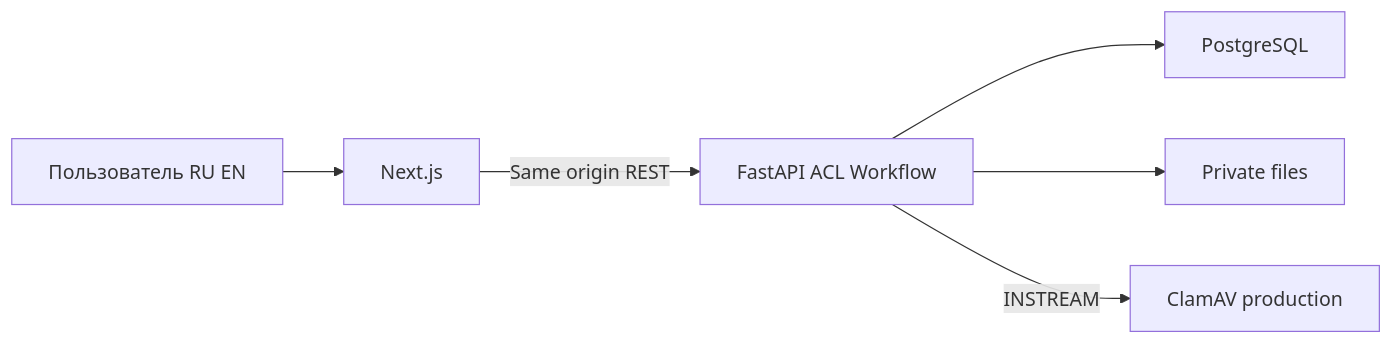
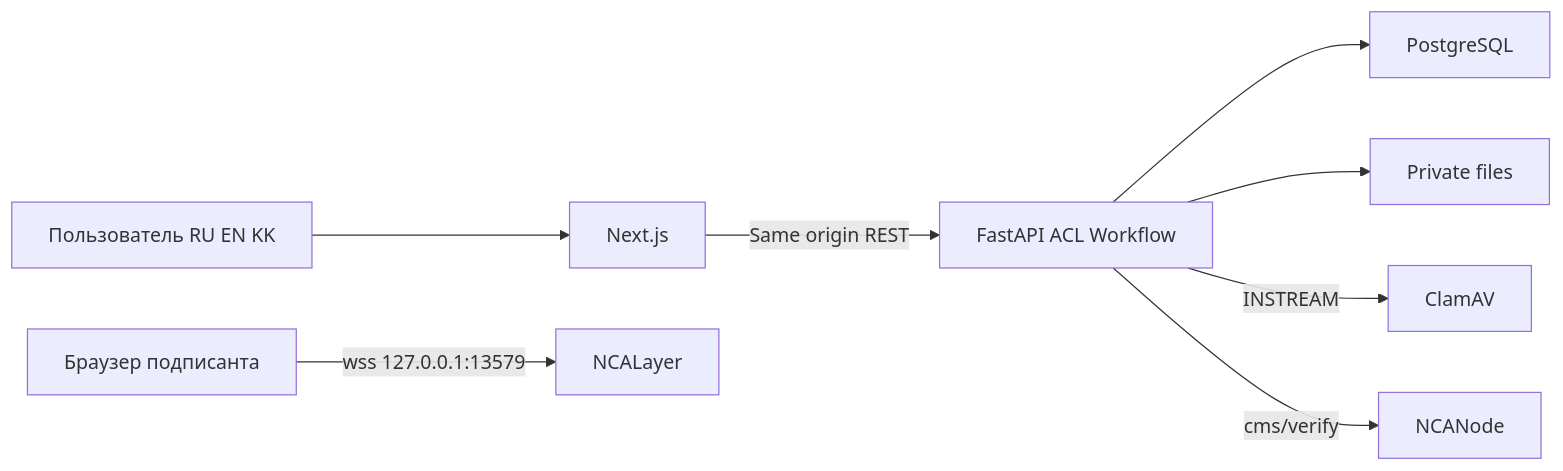
The first of 2 diagrams in README.md (zamusikmain/nexora), drawn with Mermaid before and after one commit. The commit also changed other lines of this file, not shown here.

````diff
--- a/README.md
+++ b/README.md
@@ -70,8 +79,10 @@
 ```mermaid
 flowchart LR
-  U[Пользователь RU EN] --> W[Next.js]
+  U[Пользователь RU EN KK] --> W[Next.js]
   W -->|Same origin REST| A[FastAPI ACL Workflow]
   A --> P[PostgreSQL]
   A --> F[Private files]
-  A -->|INSTREAM| C[ClamAV production]
+  A -->|INSTREAM| C[ClamAV]
+  A -->|cms/verify| N[NCANode]
+  B[Браузер подписанта] -->|wss 127.0.0.1:13579| L[NCALayer]
 ```
````
